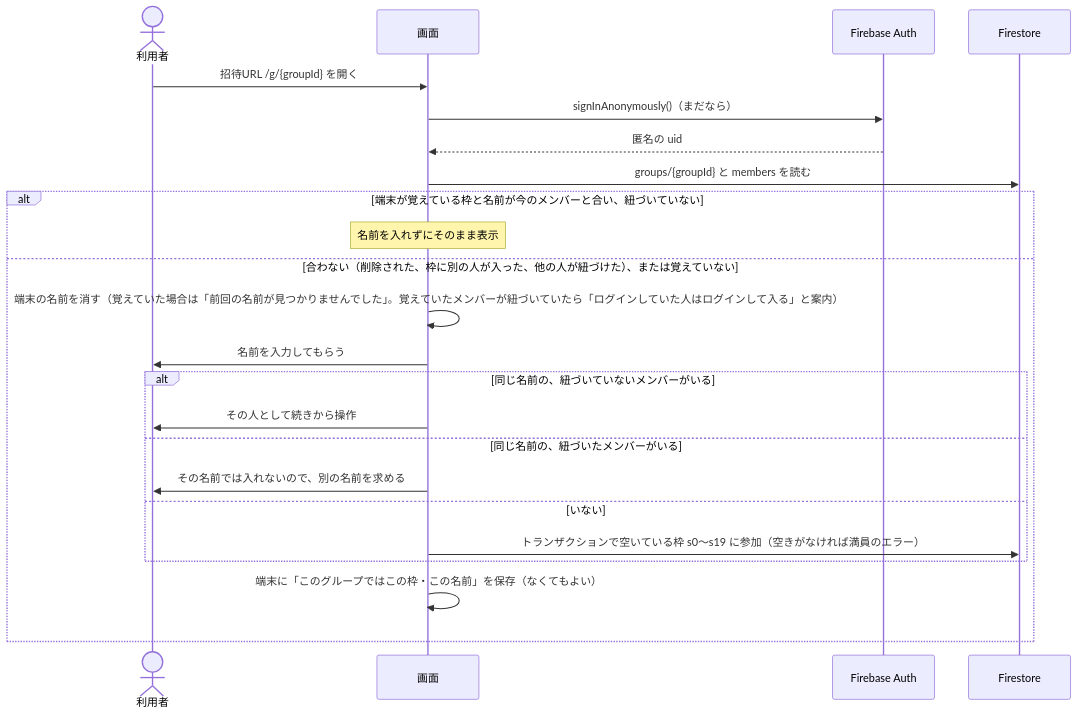
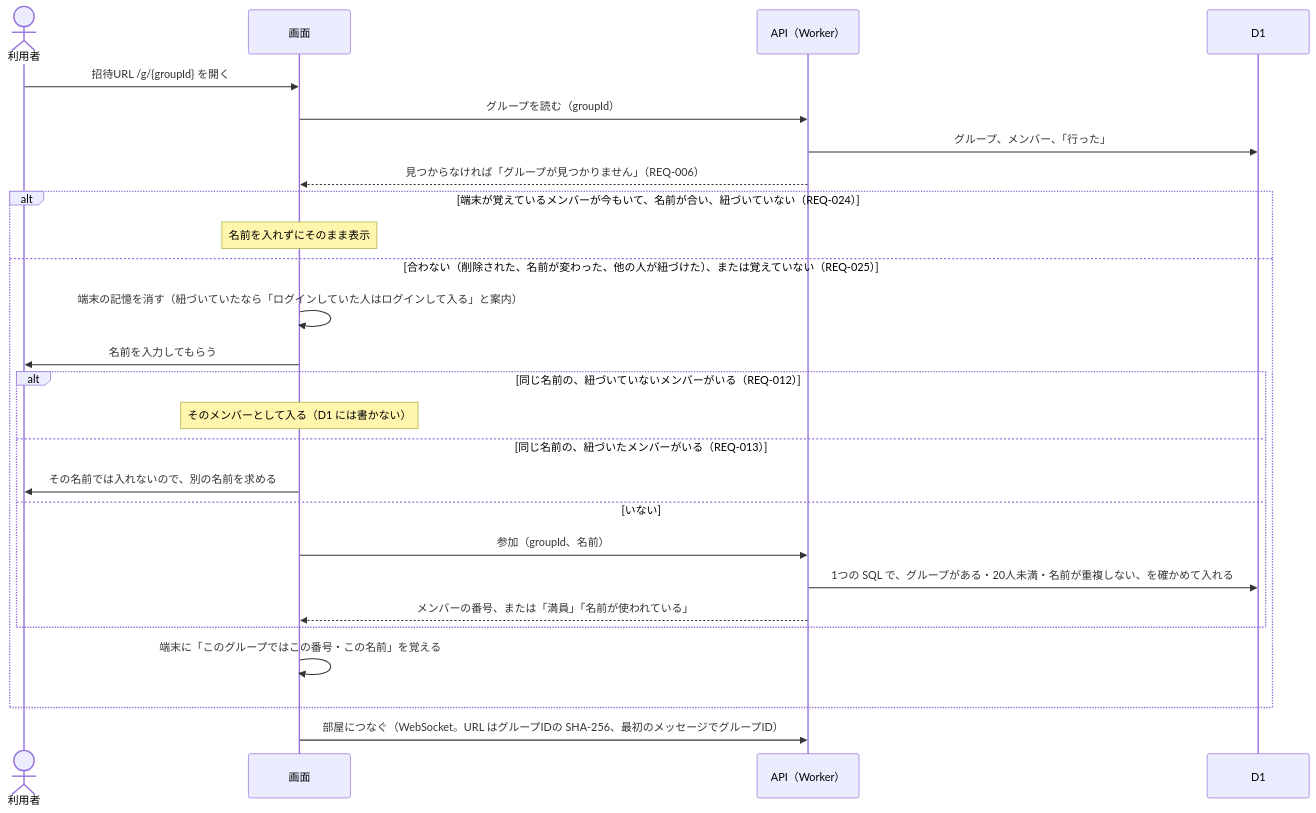
Before and after one commit to yuppy52/tabikaigi-map: the first of 4 diagrams in docs/design/auth-flow.md, drawn with Mermaid. The commit also changed other lines of this file and 7 other files, not shown here.

First line of the commit message:
architecture・auth-flow を案 C で書き直し、案 A の言葉を整理

````diff
--- a/docs/design/auth-flow.md
+++ b/docs/design/auth-flow.md
@@ -11,26 +17,29 @@
 ```mermaid
 sequenceDiagram
   actor U as 利用者
   participant App as 画面
-  participant Auth as Firebase Auth
-  participant DB as Firestore
+  participant API as API（Worker）
+  participant DB as D1
 
   U->>App: 招待URL /g/{groupId} を開く
-  App->>Auth: signInAnonymously()（まだなら）
-  Auth-->>App: 匿名の uid
-  App->>DB: groups/{groupId} と members を読む
-  alt 端末が覚えている枠と名前が今のメンバーと合い、紐づいていない
+  App->>API: グループを読む（groupId）
+  API->>DB: グループ、メンバー、「行った」
+  API-->>App: 見つからなければ「グループが見つかりません」（REQ-006）
+  alt 端末が覚えているメンバーが今もいて、名前が合い、紐づいていない（REQ-024）
     Note over App: 名前を入れずにそのまま表示
-  else 合わない（削除された、枠に別の人が入った、他の人が紐づけた）、または覚えていない
-    App->>App: 端末の名前を消す（覚えていた場合は「前回の名前が見つかりませんでした」。覚えていたメンバーが紐づいていたら「ログインしていた人はログインして入る」と案内）
+  else 合わない（削除された、名前が変わった、他の人が紐づけた）、または覚えていない（REQ-025）
+    App->>App: 端末の記憶を消す（紐づいていたなら「ログインしていた人はログインして入る」と案内）
     App->>U: 名前を入力してもらう
-    alt 同じ名前の、紐づいていないメンバーがいる
-      App->>U: その人として続きから操作
-    else 同じ名前の、紐づいたメンバーがいる
+    alt 同じ名前の、紐づいていないメンバーがいる（REQ-012）
+      Note over App: そのメンバーとして入る（D1 には書かない）
+    else 同じ名前の、紐づいたメンバーがいる（REQ-013）
       App->>U: その名前では入れないので、別の名前を求める
     else いない
-      App->>DB: トランザクションで空いている枠 s0〜s19 に参加（空きがなければ満員のエラー）
+      App->>API: 参加（groupId、名前）
+      API->>DB: 1つの SQL で、グループがある・20人未満・名前が重複しない、を確かめて入れる
+      API-->>App: メンバーの番号、または「満員」「名前が使われている」
     end
-    App->>App: 端末に「このグループではこの枠・この名前」を保存（なくてもよい）
+    App->>App: 端末に「このグループではこの番号・この名前」を覚える
   end
+  App->>API: 部屋につなぐ（WebSocket。URL はグループIDの SHA-256、最初のメッセージでグループID）
 ```
````
